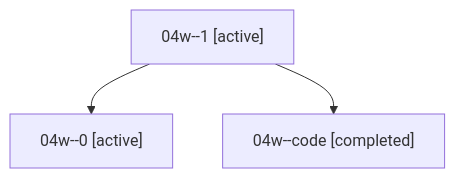
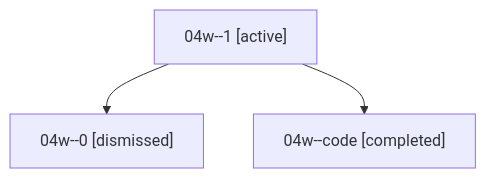
One commit to bobs-org/bob-cli--agents changed the diagram in sessions/bbugyi200.athena.04w.md. Above: the diagram before and after it, drawn with Mermaid. The commit also changed other lines of this file and 25 other files, not shown here.

````diff
--- a/sessions/bbugyi200.athena.04w.md
+++ b/sessions/bbugyi200.athena.04w.md
@@ -9,8 +9,8 @@
 ```mermaid
 flowchart TD
   n0["04w--1 [active]"]
-  n1["04w--0 [active]"]
+  n1["04w--0 [dismissed]"]
   n0 --> n1
   n2["04w--code [completed]"]
   n0 --> n2
 ```
````
